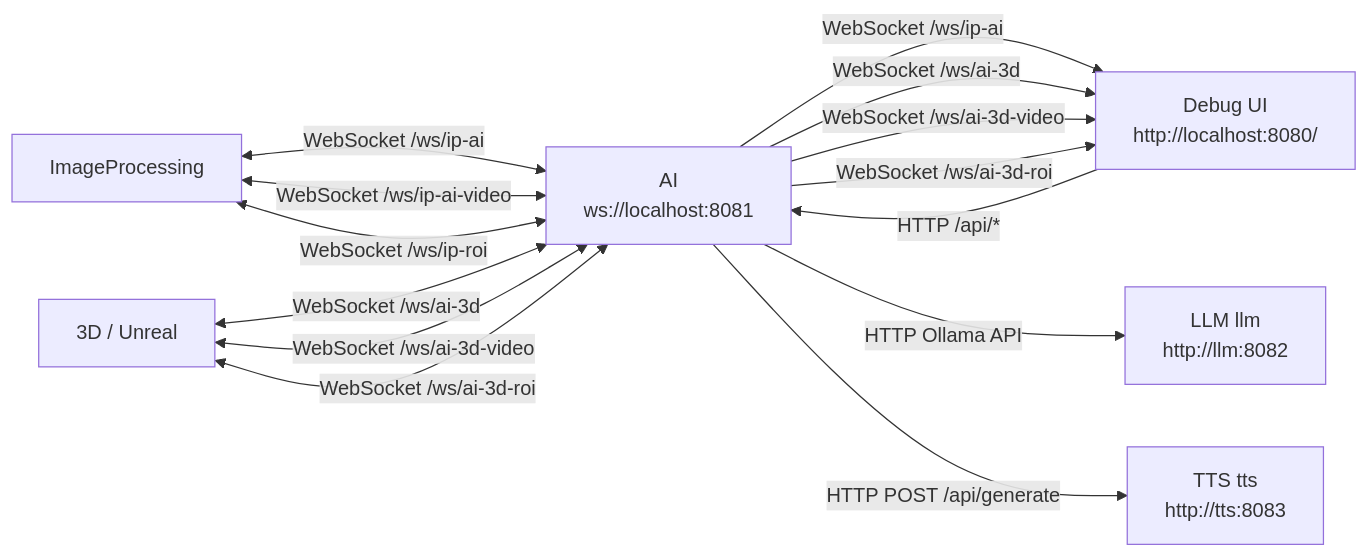
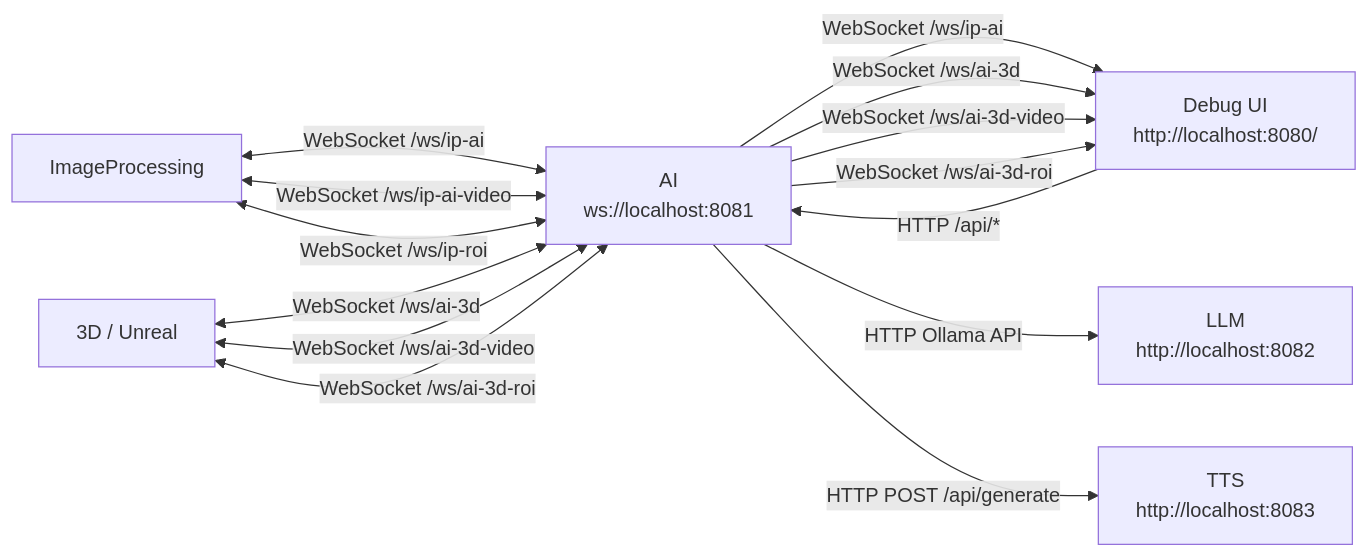
The diagram in README.md (hs-duesseldorf/TheWitch), drawn with Mermaid before and after one commit. The commit also changed other lines of this file and 42 other files, not shown here.

````diff
--- a/README.md
+++ b/README.md
@@ -31,26 +7,26 @@
 ```mermaid
 flowchart LR
     ip[ImageProcessing]
     ai[AI<br/>ws://localhost:8081]
     debug[Debug UI<br/>http://localhost:8080/]
-    llm[LLM llm<br/>http://llm:8082]
-    tts[TTS tts<br/>http://tts:8083]
+    llm[LLM<br/>http://localhost:8082]
+    tts[TTS<br/>http://localhost:8083]
     unreal[3D / Unreal]
 
     ip <-- "WebSocket /ws/ip-ai" --> ai
     ip <-- "WebSocket /ws/ip-ai-video" --> ai
     ip <-- "WebSocket /ws/ip-roi" --> ai
 
     debug -- "HTTP /api/*" --> ai
     ai -- "WebSocket /ws/ip-ai" --> debug
     ai -- "WebSocket /ws/ai-3d" --> debug
     ai -- "WebSocket /ws/ai-3d-video" --> debug
     ai -- "WebSocket /ws/ai-3d-roi" --> debug
 
     unreal <-- "WebSocket /ws/ai-3d" --> ai
     unreal <-- "WebSocket /ws/ai-3d-video" --> ai
     unreal <-- "WebSocket /ws/ai-3d-roi" --> ai
 
     ai -- "HTTP Ollama API" --> llm
     ai -- "HTTP POST /api/generate" --> tts
 ```
````
